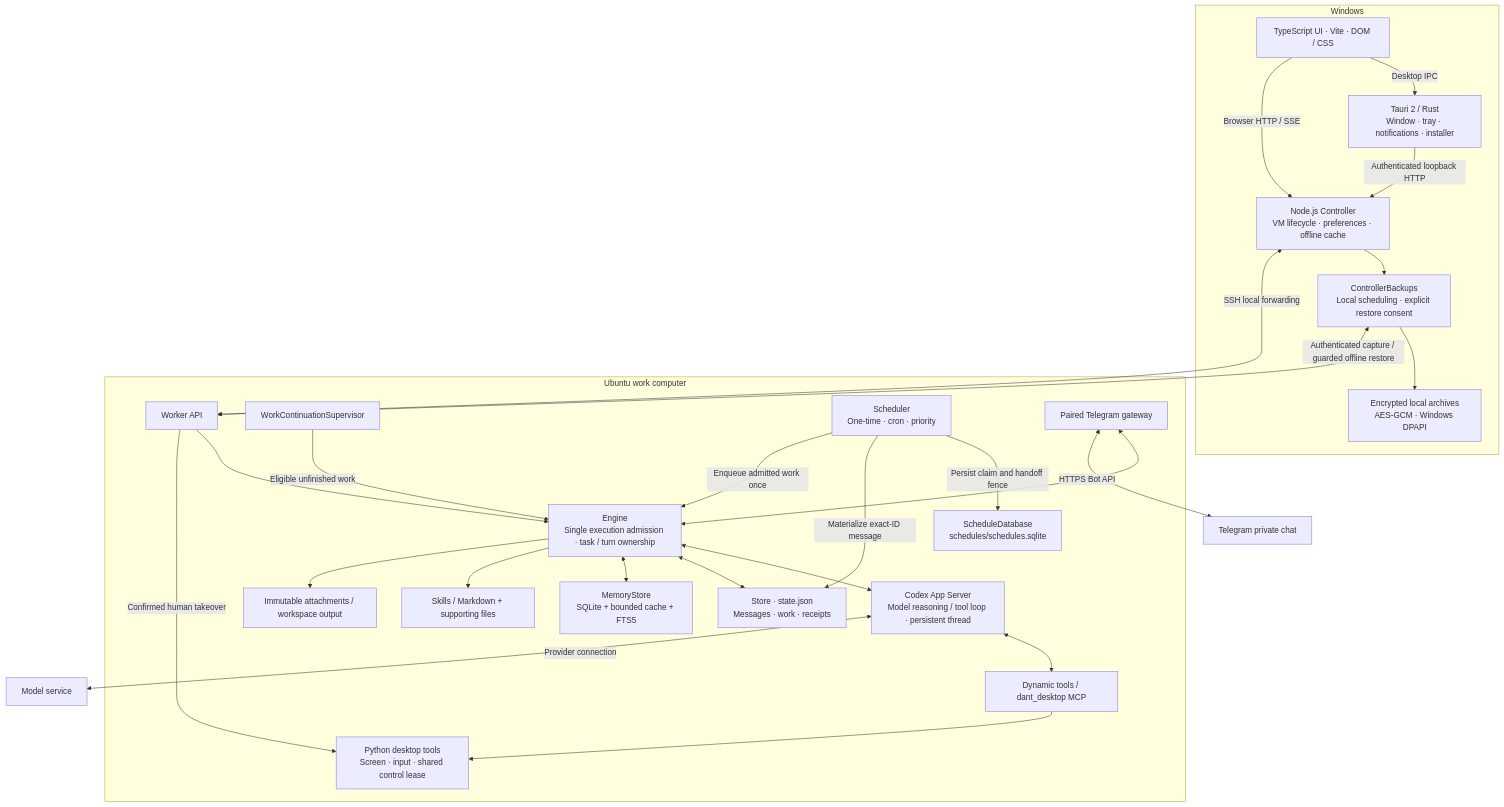
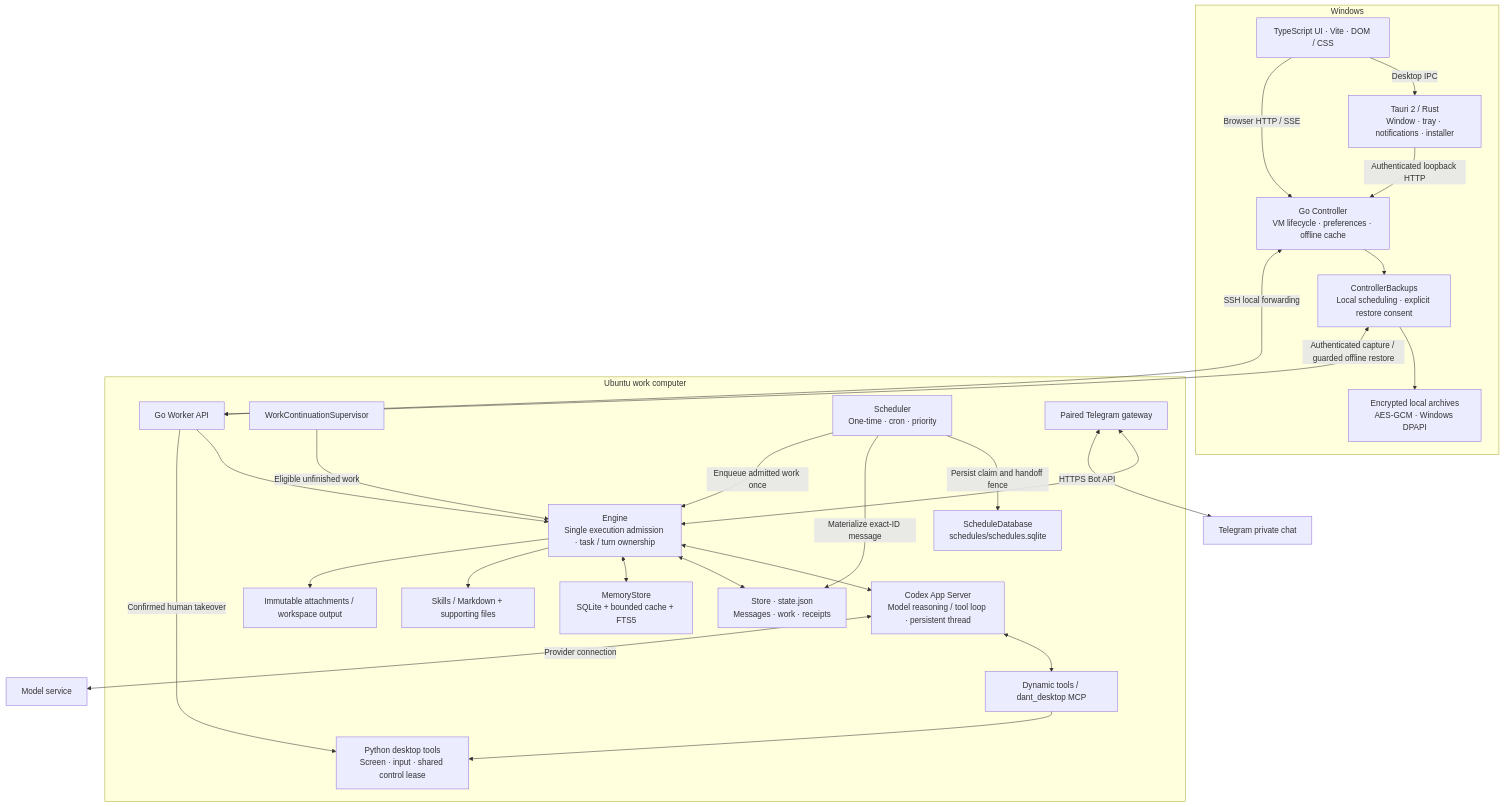
The first of 5 diagrams in docs/architecture.md (Stephen-Sim/dant), drawn with Mermaid before and after one commit. The commit also changed other lines of this file and 410 other files, not shown here.

Commit message:
feat: move controller and worker runtime to Go core

````diff
--- a/docs/architecture.md
+++ b/docs/architecture.md
@@ -11,48 +11,48 @@
 ```mermaid
 flowchart TB
   subgraph Windows
     UI[TypeScript UI · Vite · DOM / CSS]
     Native[Tauri 2 / Rust<br/>Window · tray · notifications · installer]
-    Controller[Node.js Controller<br/>VM lifecycle · preferences · offline cache]
+    Controller[Go Controller<br/>VM lifecycle · preferences · offline cache]
     Backups[ControllerBackups<br/>Local scheduling · explicit restore consent]
     Vault[Encrypted local archives<br/>AES-GCM · Windows DPAPI]
     UI -->|Desktop IPC| Native
     Native -->|Authenticated loopback HTTP| Controller
     UI -->|Browser HTTP / SSE| Controller
     Controller --> Backups
     Backups --> Vault
   end
   subgraph Ubuntu work computer
-    Worker[Worker API]
+    Worker[Go Worker API]
     Engine[Engine<br/>Single execution admission · task / turn ownership]
     Heartbeat[WorkContinuationSupervisor]
     Scheduler[Scheduler<br/>One-time · cron · priority]
     Codex[Codex App Server<br/>Model reasoning / tool loop · persistent thread]
     Tools[Dynamic tools / dant_desktop MCP]
     Desktop[Python desktop tools<br/>Screen · input · shared control lease]
     State[Store · state.json<br/>Messages · work · receipts]
     ScheduleDB[ScheduleDatabase<br/>schedules/schedules.sqlite]
     Memory[MemoryStore<br/>SQLite + bounded cache + FTS5]
     Skills[Skills / Markdown + supporting files]
     Files[Immutable attachments / workspace output]
     Telegram[Paired Telegram gateway]
     Worker --> Engine
     Heartbeat -->|Eligible unfinished work| Engine
     Scheduler -->|Persist claim and handoff fence| ScheduleDB
     Scheduler -->|Materialize exact-ID message| State
     Scheduler -->|Enqueue admitted work once| Engine
     Telegram <--> Engine
     Engine <--> Codex
     Codex <--> Tools
     Tools --> Desktop
     Engine <--> State
     Engine <--> Memory
     Engine --> Skills
     Engine --> Files
     Worker -->|Confirmed human takeover| Desktop
   end
   Controller <-->|SSH local forwarding| Worker
   Backups <-->|Authenticated capture / guarded offline restore| Worker
   Codex <-->|Provider connection| Models[Model service]
   Telegram <-->|HTTPS Bot API| Phone[Telegram private chat]
 ```
````
